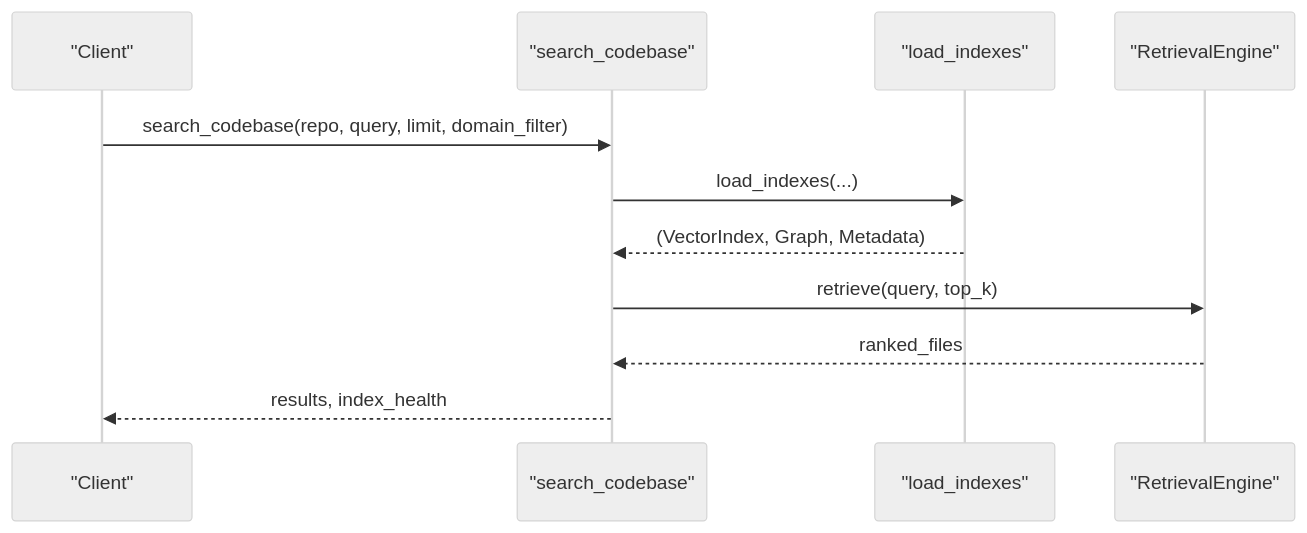
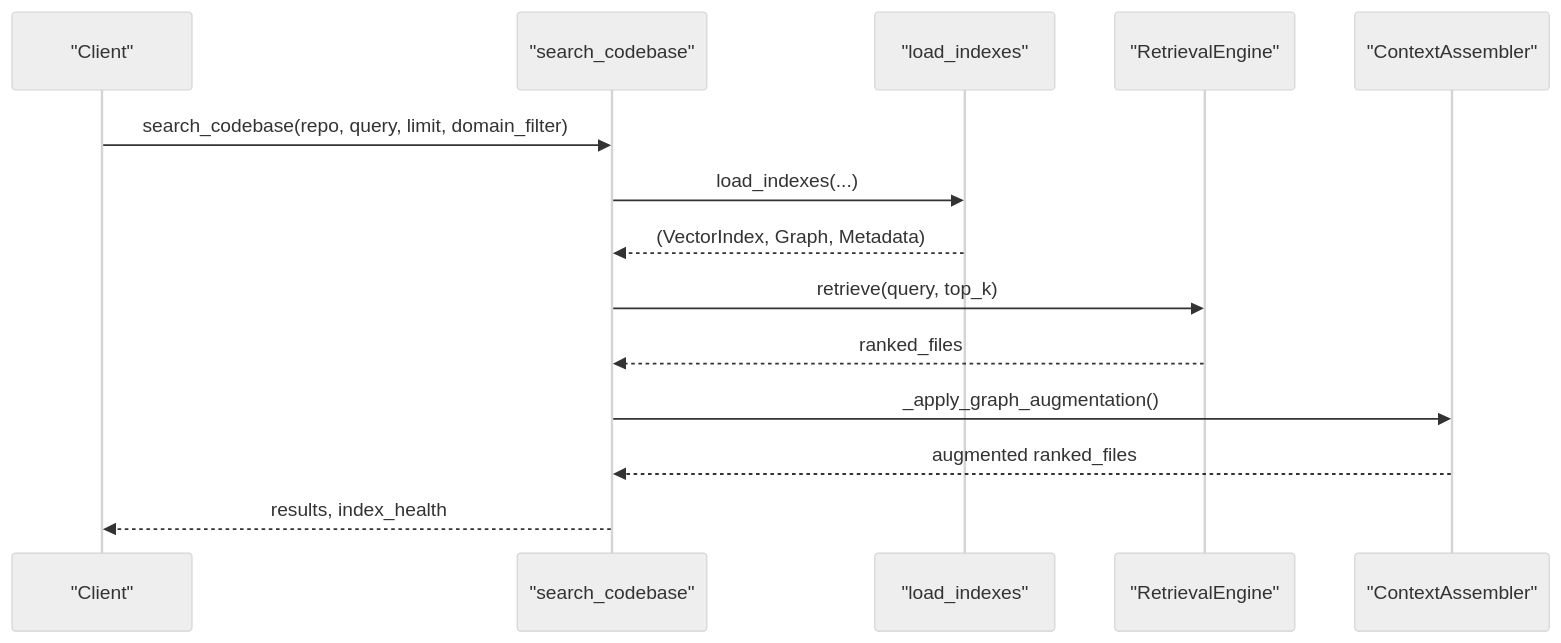
One commit to maemreyo/zmr-ctx-paker changed the sixth of 12 diagrams in .qoder/repowiki/en/content/Core Modules/Workflow Engine/Workflow Engine.md. Above: the diagram before and after it, drawn with Mermaid (neutral theme). The commit also changed other lines of this file and 25 other files, not shown here.

````diff
--- a/.qoder/repowiki/en/content/Core Modules/Workflow Engine/Workflow Engine.md
+++ b/.qoder/repowiki/en/content/Core Modules/Workflow Engine/Workflow Engine.md
@@ -290,13 +332,16 @@
 ```mermaid
 sequenceDiagram
 participant Client as "Client"
 participant Search as "search_codebase"
 participant Loader as "load_indexes"
 participant RET as "RetrievalEngine"
+participant CA as "ContextAssembler"
 Client->>Search : search_codebase(repo, query, limit, domain_filter)
 Search->>Loader : load_indexes(...)
 Loader-->>Search : (VectorIndex, Graph, Metadata)
 Search->>RET : retrieve(query, top_k)
 RET-->>Search : ranked_files
+Search->>CA : _apply_graph_augmentation()
+CA-->>Search : augmented ranked_files
 Search-->>Client : results, index_health
 ```
````
